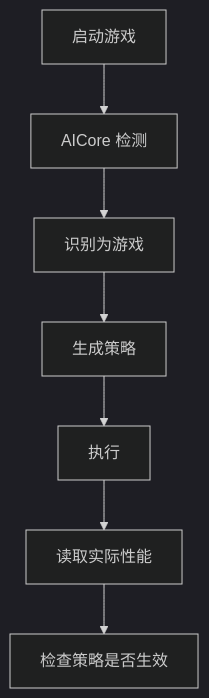
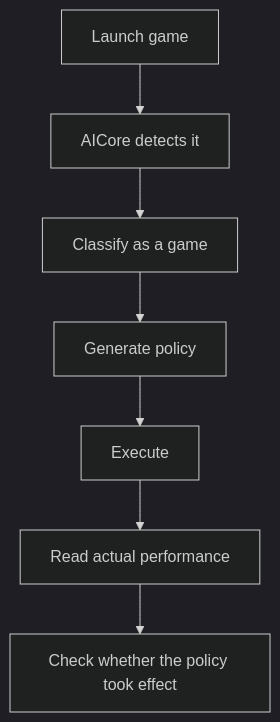
One commit to 7-hello007/AICore changed the ninth of 15 diagrams in destination.md. Above: the diagram before and after it, drawn with Mermaid (dark theme). The commit also changed other lines of this file and 482 other files, not shown here.

````diff
--- a/destination.md
+++ b/destination.md
@@ -1408,9 +1408,9 @@
 ```mermaid
 flowchart TD
-    A[启动游戏] --> B[AICore 检测]
-    B --> C[识别为游戏]
-    C --> D[生成策略]
-    D --> E[执行]
-    E --> F[读取实际性能]
-    F --> G[检查策略是否生效]
+    A[Launch game] --> B[AICore detects it]
+    B --> C[Classify as a game]
+    C --> D[Generate policy]
+    D --> E[Execute]
+    E --> F[Read actual performance]
+    F --> G[Check whether the policy took effect]
 ```
````
